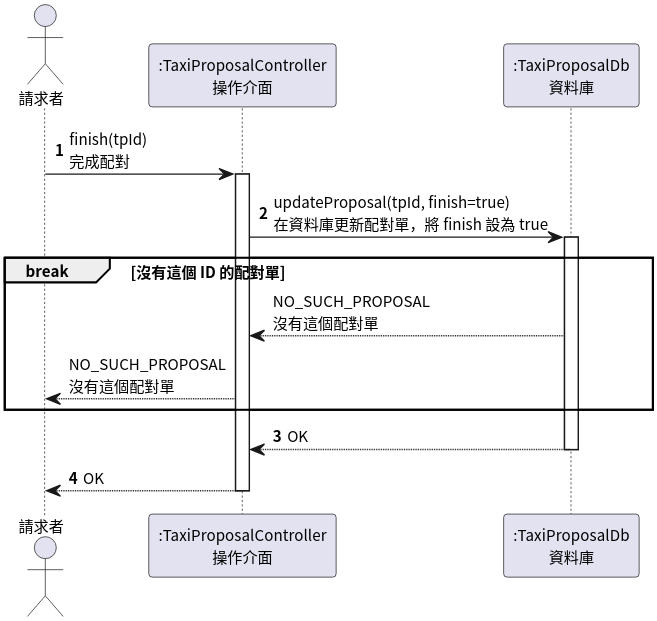
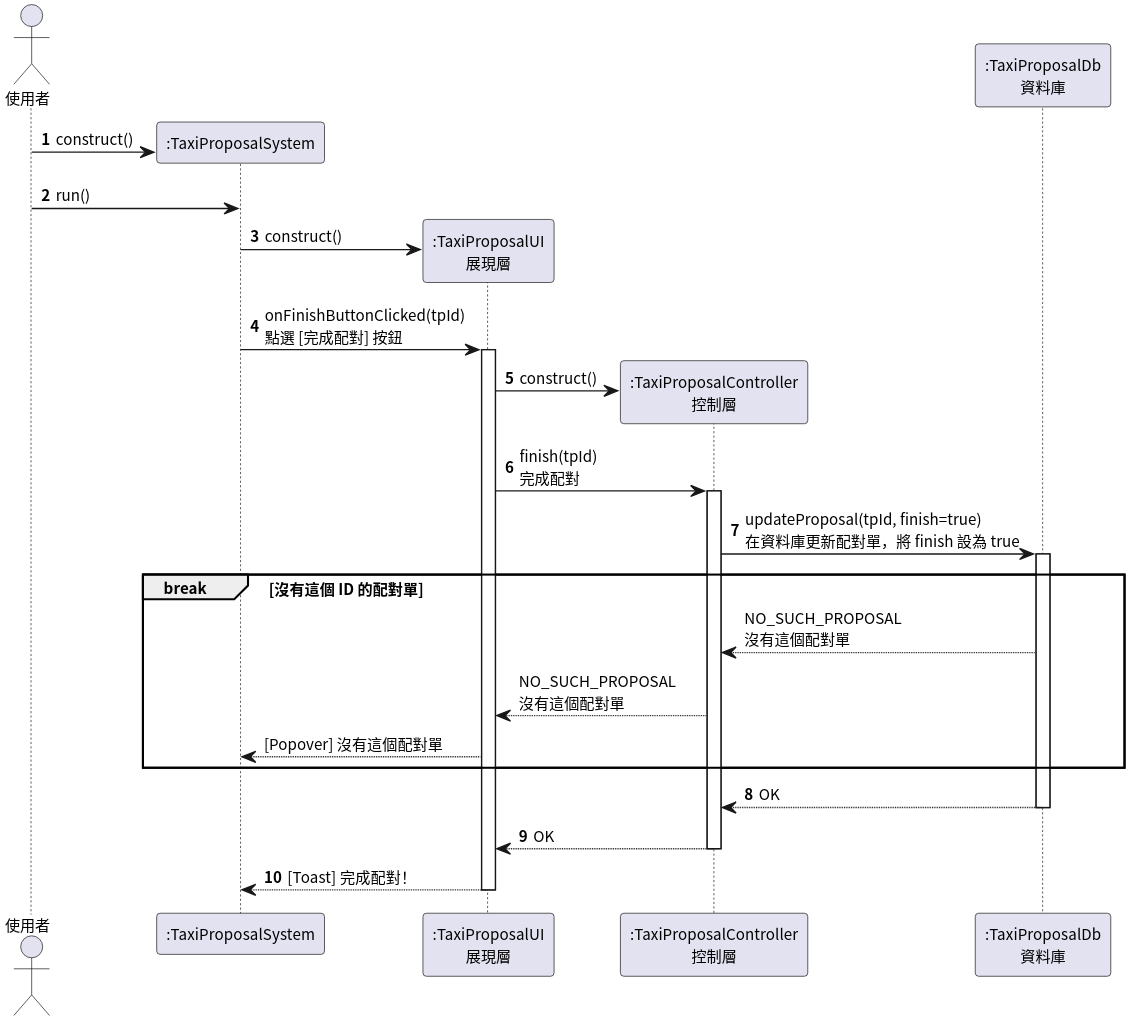
The fourth of 6 diagrams in semester-4/system-analysis/localized/sequence-diagram.plantuml (pan93412/nkust-homework), drawn with PlantUML before and after one commit. The commit also changed other lines of this file and 2 other files, not shown here.

Commit message:
s4: system-analysis: class-diagram: Clean up

```diff
--- a/semester-4/system-analysis/localized/sequence-diagram.plantuml
+++ b/semester-4/system-analysis/localized/sequence-diagram.plantuml
@@ -120,28 +173,39 @@
 @startuml TaxiProposalFinish
 
 autonumber
 skinparam dpi 300
 skinparam linetype ortho
 skinparam defaultFontSize 11
 skinparam defaultFontName "Noto Sans CJK TC"
 
-actor Requester as "請求者"
-participant TaxiProposalController as ":TaxiProposalController\n操作介面"
+actor Requester as "使用者"
+participant TaxiProposalSystem as ":TaxiProposalSystem"
+participant TaxiProposalUI as ":TaxiProposalUI\n展現層"
+participant TaxiProposalController as ":TaxiProposalController\n控制層"
 participant TaxiProposalDb as ":TaxiProposalDb\n資料庫"
 
-Requester -> TaxiProposalController ++: finish(tpId)\n完成配對
+Requester -> TaxiProposalSystem **: construct()
+Requester -> TaxiProposalSystem: run()
+
+TaxiProposalSystem -> TaxiProposalUI **: construct()
+TaxiProposalSystem -> TaxiProposalUI ++: onFinishButtonClicked(tpId)\n點選 [完成配對] 按鈕
+
+TaxiProposalUI -> TaxiProposalController **: construct()
+TaxiProposalUI -> TaxiProposalController ++: finish(tpId)\n完成配對
 
 TaxiProposalController -> TaxiProposalDb ++: updateProposal(tpId, finish=true)\n在資料庫更新配對單，將 finish 設為 true
 
 break 沒有這個 ID 的配對單
     autonumber stop
     TaxiProposalController <-- TaxiProposalDb: NO_SUCH_PROPOSAL\n沒有這個配對單
-    Requester <-- TaxiProposalController: NO_SUCH_PROPOSAL\n沒有這個配對單
+    TaxiProposalUI <-- TaxiProposalController: NO_SUCH_PROPOSAL\n沒有這個配對單
+    TaxiProposalSystem <-- TaxiProposalUI: [Popover] 沒有這個配對單
 end
 
 autonumber resume
 return OK
 return OK
+return [Toast] 完成配對！
 
 
 @enduml TaxiProposalFinish
```
